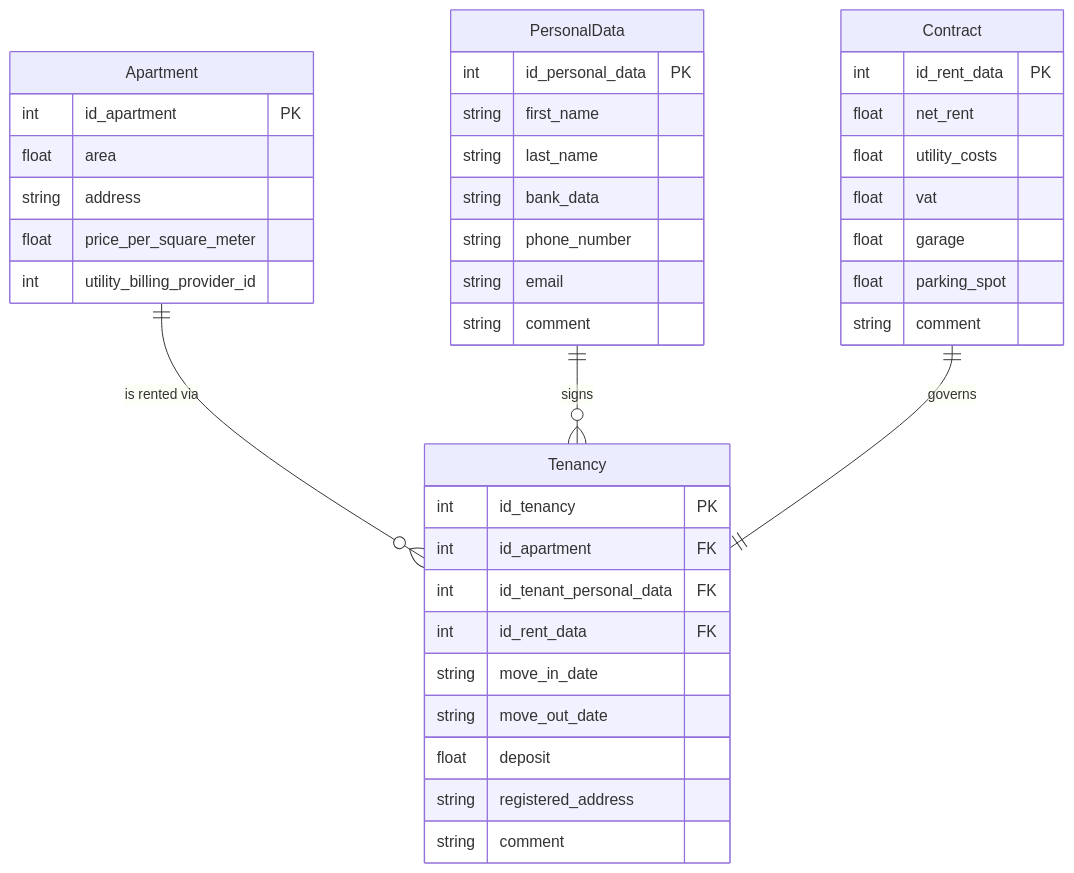
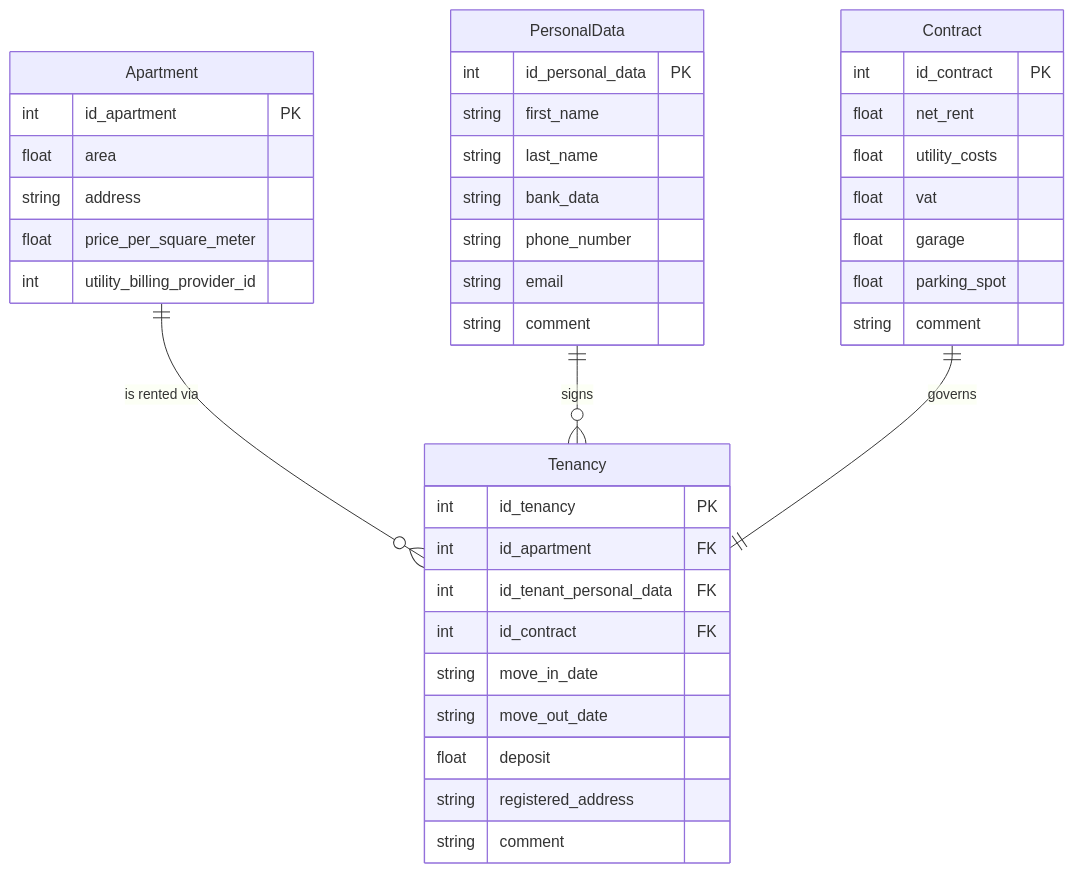
The first of 2 diagrams in ORM_Relationships.md (AnaKies/ApartmentManager), drawn with Mermaid before and after one commit. The commit also changed other lines of this file and 11 other files, not shown here.

Commit message:
Full rename RentData to Contract.

````diff
--- a/ORM_Relationships.md
+++ b/ORM_Relationships.md
@@ -37,46 +37,46 @@
 ```mermaid
 erDiagram
     Apartment ||--o{ Tenancy : "is rented via"
     PersonalData ||--o{ Tenancy : "signs"
     Contract ||--|| Tenancy : "governs"
 
     Apartment {
         int id_apartment PK
         float area
         string address
         float price_per_square_meter
         int utility_billing_provider_id
     }
 
     Tenancy {
         int id_tenancy PK
         int id_apartment FK
         int id_tenant_personal_data FK
-        int id_rent_data FK
+        int id_contract FK
         string move_in_date
         string move_out_date
         float deposit
         string registered_address
         string comment
     }
 
     PersonalData {
         int id_personal_data PK
         string first_name
         string last_name
         string bank_data
         string phone_number
         string email
         string comment
     }
 
     Contract {
-        int id_rent_data PK
+        int id_contract PK
         float net_rent
         float utility_costs
         float vat
         float garage
         float parking_spot
         string comment
     }
 ```
````
